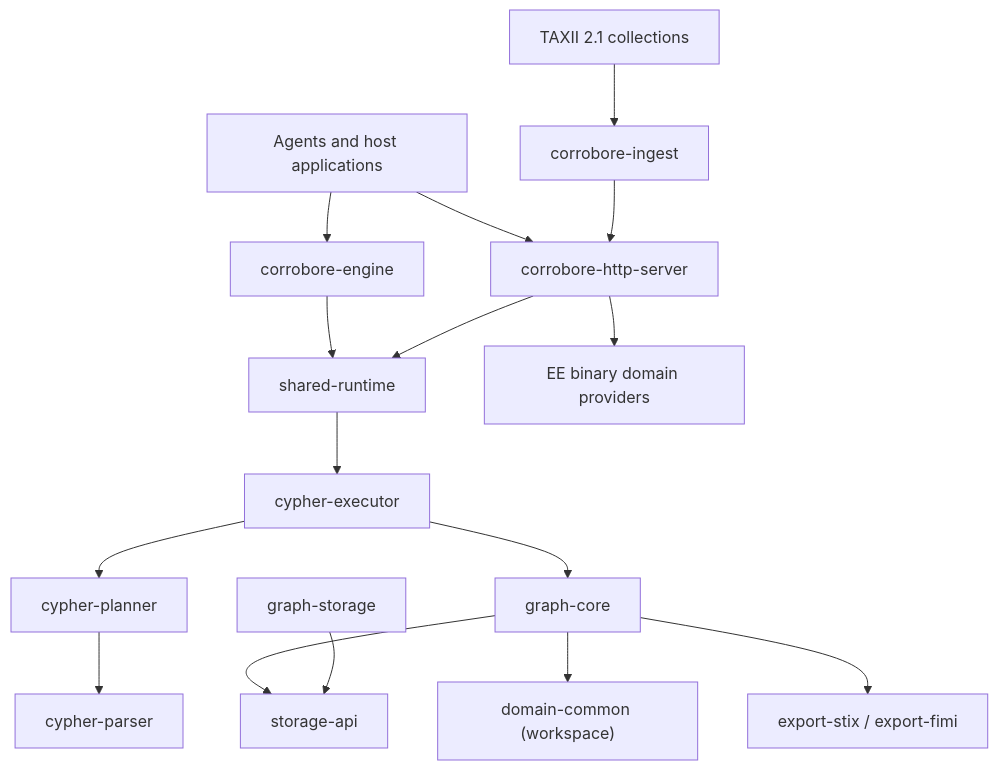
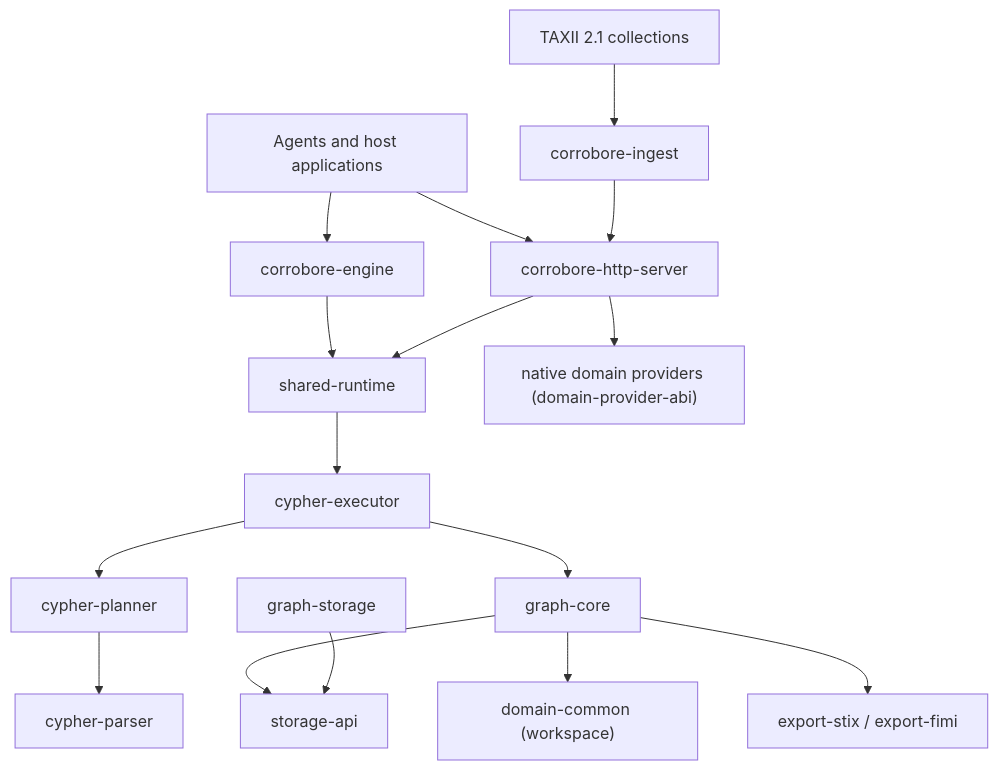
Before and after one commit to Estance-Labs/corrobore: the diagram in docs/architecture.md, drawn with Mermaid. The commit also changed other lines of this file and 53 other files, not shown here.

````diff
--- a/docs/architecture.md
+++ b/docs/architecture.md
@@ -7,18 +7,18 @@
 ```mermaid
 flowchart TD
     Apps["Agents and host applications"] --> Embedded["corrobore-engine"]
     Apps --> HTTP["corrobore-http-server"]
     TAXII["TAXII 2.1 collections"] --> Ingest["corrobore-ingest"]
     Ingest --> HTTP
     Embedded --> Runtime["shared-runtime"]
     HTTP --> Runtime
     Runtime --> Executor["cypher-executor"]
     Executor --> Planner["cypher-planner"]
     Planner --> Parser["cypher-parser"]
     Executor --> Core["graph-core"]
     Core --> StorageAPI["storage-api"]
     Storage["graph-storage"] --> StorageAPI
     Core --> Domains["domain-common (workspace)"]
-    HTTP --> EEProviders["EE binary domain providers"]
+    HTTP --> Providers["native domain providers (domain-provider-abi)"]
     Core --> Exporters["export-stix / export-fimi"]
 ```
````
